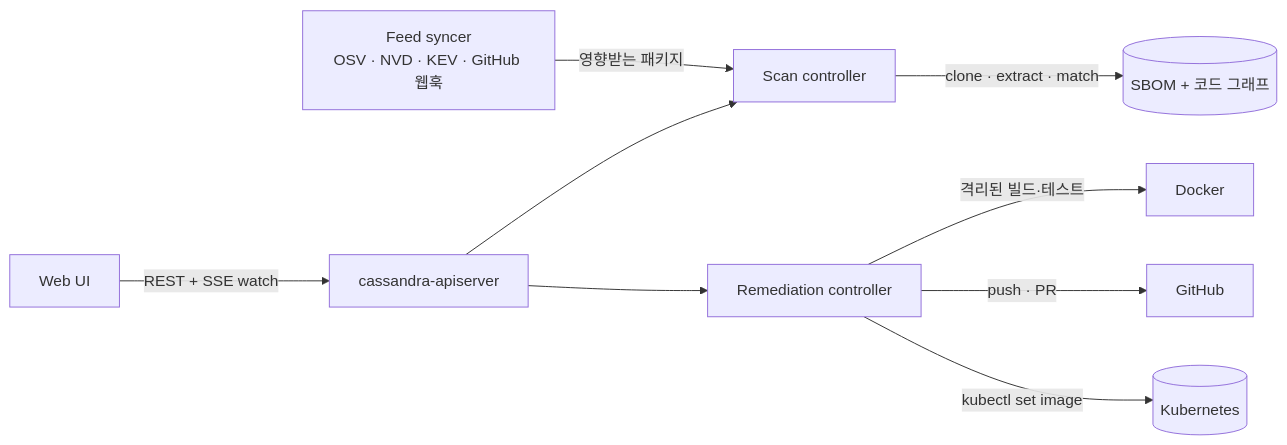
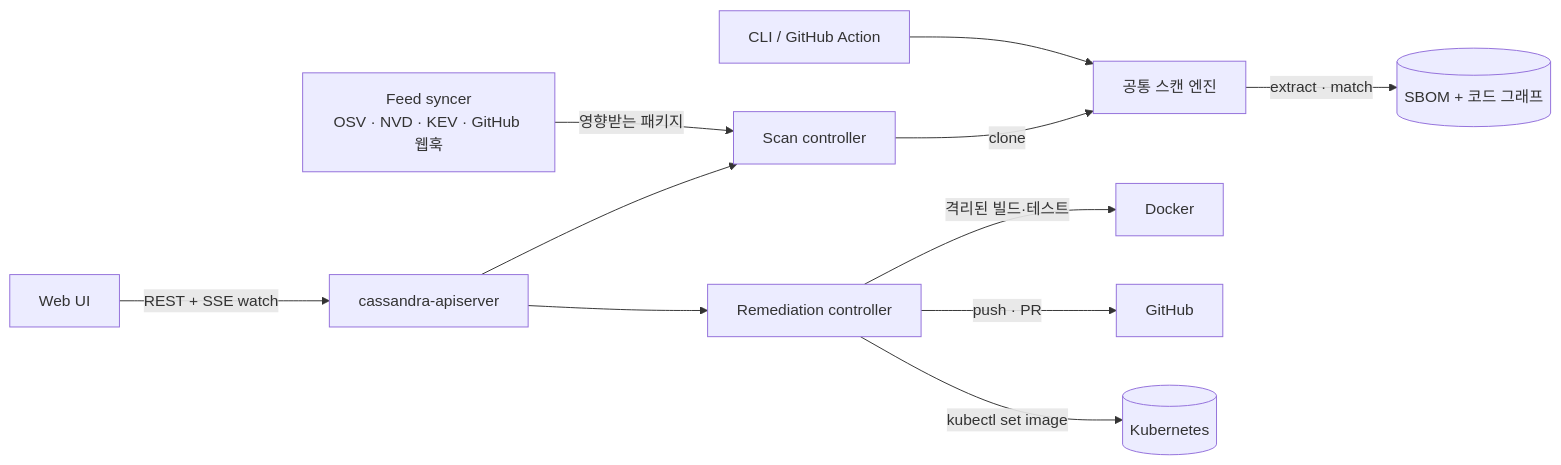
The diagram in README.ko.md (jinho-yoo-jack/Cassandra), drawn with Mermaid before and after one commit. The commit also changed other lines of this file and 123 other files, not shown here.

````diff
--- a/README.ko.md
+++ b/README.ko.md
@@ -68,11 +82,13 @@
 ```mermaid
 flowchart LR
   UI[Web UI] -- REST + SSE watch --> API[cassandra-apiserver]
   API --> SC[Scan controller]
   API --> RC[Remediation controller]
-  SC -- clone · extract · match --> R[(SBOM + 코드 그래프)]
+  SC -- clone --> Engine[공통 스캔 엔진]
+  CLI[CLI / GitHub Action] --> Engine
+  Engine -- extract · match --> R[(SBOM + 코드 그래프)]
   FS[Feed syncer<br/>OSV · NVD · KEV · GitHub 웹훅] -- 영향받는 패키지 --> SC
   RC -- 격리된 빌드·테스트 --> D[Docker]
   RC -- push · PR --> GH[GitHub]
   RC -- kubectl set image --> K8s[(Kubernetes)]
 ```
````
